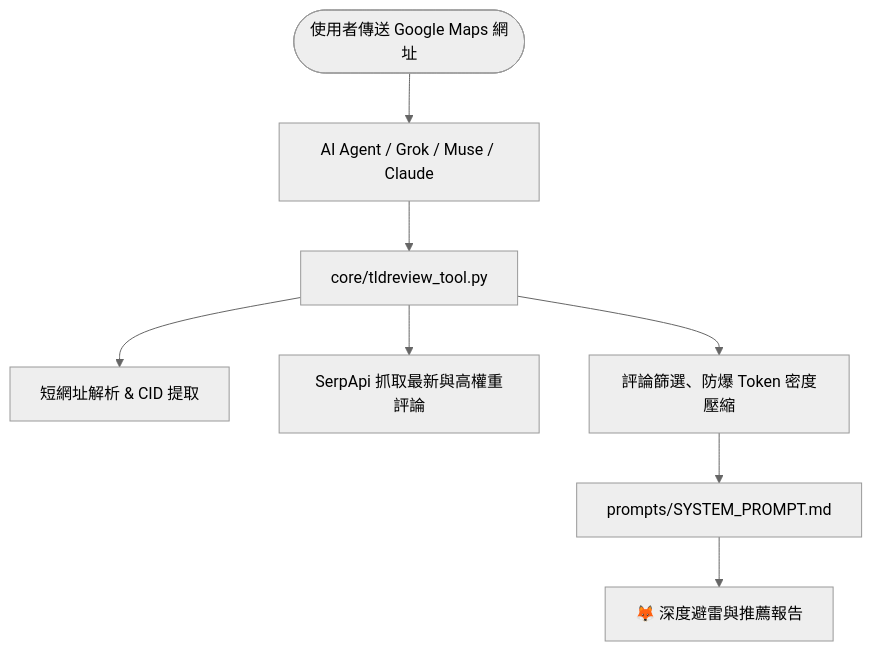
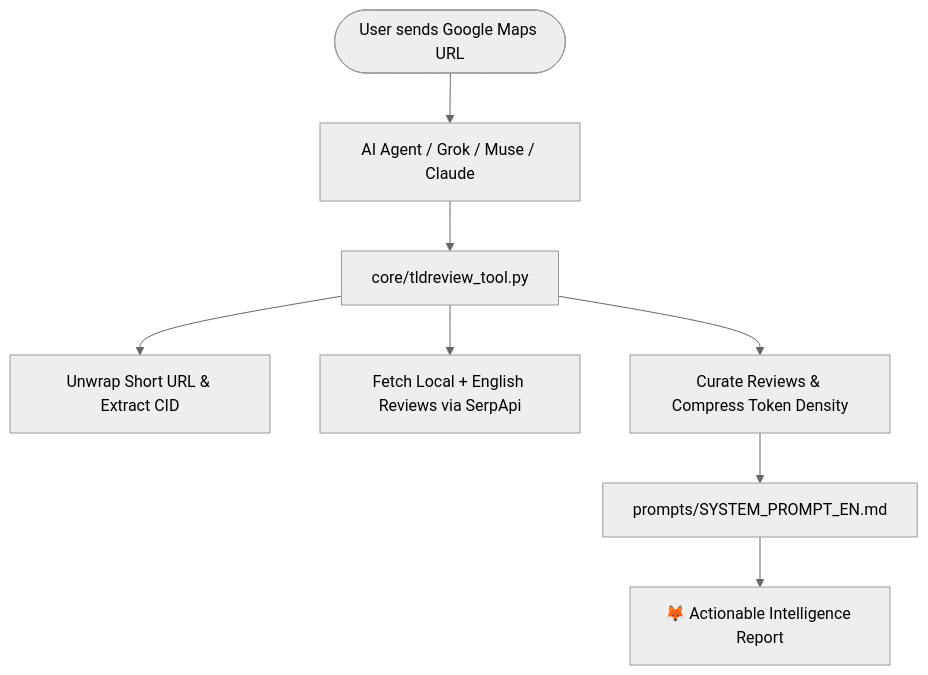
The diagram in README.md (dryden/TLDReview), drawn with Mermaid (neutral theme) before and after one commit. The commit also changed other lines of this file and 1 other file, not shown here.

Commit message:
docs: make English the default README and add Traditional Chinese README.zh-TW.md

````diff
--- a/README.md
+++ b/README.md
@@ -97,10 +96,10 @@
 ```mermaid
 graph TD
-    User([使用者傳送 Google Maps 網址]) --> Agent[AI Agent / Grok / Muse / Claude]
+    User([User sends Google Maps URL]) --> Agent[AI Agent / Grok / Muse / Claude]
     Agent --> Core[core/tldreview_tool.py]
-    Core --> ShortURL[短網址解析 & CID 提取]
-    Core --> SerpApi[SerpApi 抓取最新與高權重評論]
-    Core --> Filter[評論篩選、防爆 Token 密度壓縮]
-    Filter --> Prompt[prompts/SYSTEM_PROMPT.md]
-    Prompt --> Output[🦊 深度避雷與推薦報告]
+    Core --> ShortURL[Unwrap Short URL & Extract CID]
+    Core --> SerpApi[Fetch Local + English Reviews via SerpApi]
+    Core --> Filter[Curate Reviews & Compress Token Density]
+    Filter --> Prompt[prompts/SYSTEM_PROMPT_EN.md]
+    Prompt --> Output[🦊 Actionable Intelligence Report]
 ```
````
